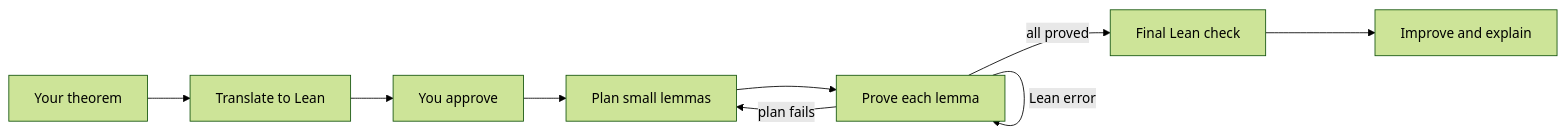
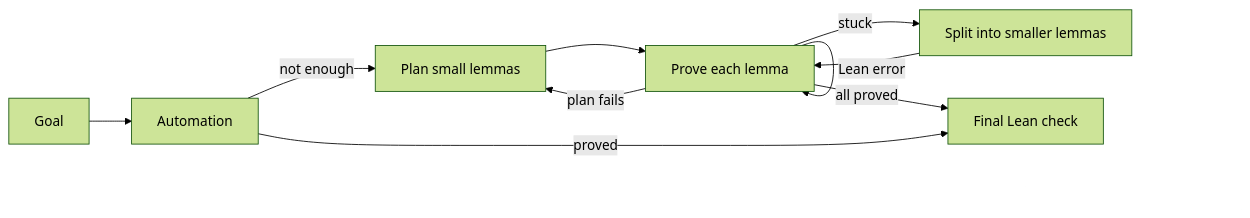
The diagram in README.md (pmehrotra3/math-finder), drawn with Mermaid (forest theme) before and after one commit. The commit also changed other lines of this file and 12 other files, not shown here.

````diff
--- a/README.md
+++ b/README.md
@@ -28,11 +38,12 @@
 ```mermaid
 flowchart LR
-    A[Your theorem] --> B[Translate to Lean]
-    B --> C[You approve]
-    C --> D[Plan small lemmas]
-    D --> E[Prove each lemma]
-    E -->|all proved| F[Final Lean check]
-    F --> G[Improve and explain]
-    E -->|Lean error| E
-    E -->|plan fails| D
+    A[Goal] --> B[Automation]
+    B -->|not enough| C[Plan small lemmas]
+    C --> D[Prove each lemma]
+    D -->|Lean error| D
+    D -->|stuck| E[Split into smaller lemmas]
+    E --> D
+    D -->|plan fails| C
+    D -->|all proved| F[Final Lean check]
+    B -->|proved| F
 ```
````
